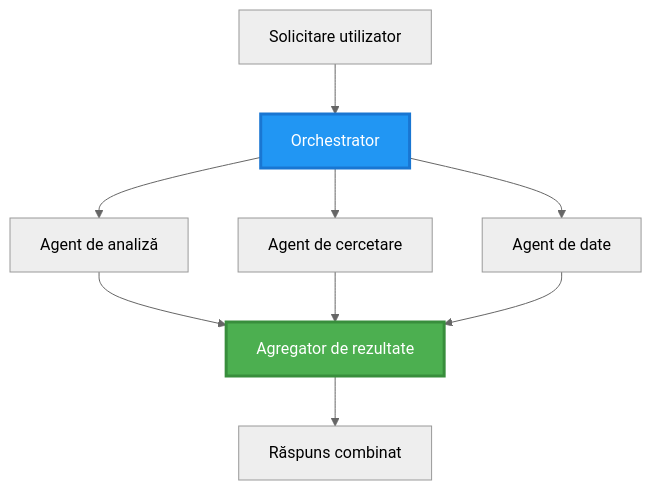
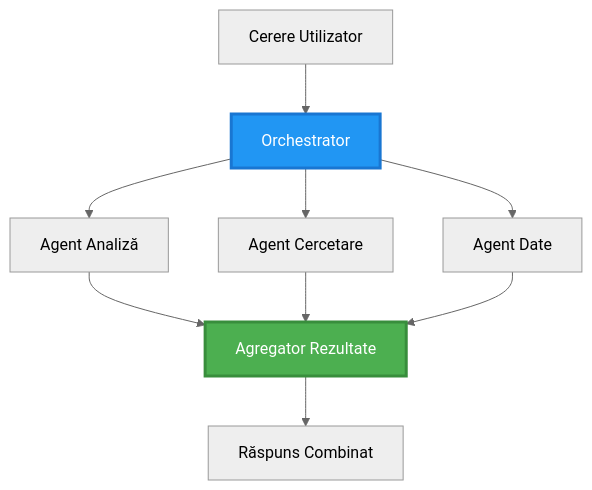
The second of 6 diagrams in translations/ro/docs/chapter-06-pre-deployment/coordination-patterns.md (microsoft/AZD-for-beginners), drawn with Mermaid (neutral theme) before and after one commit. The commit also changed other lines of this file and 101 other files, not shown here.

````diff
--- a/translations/ro/docs/chapter-06-pre-deployment/coordination-patterns.md
+++ b/translations/ro/docs/chapter-06-pre-deployment/coordination-patterns.md
@@ -106,22 +100,22 @@
 ```mermaid
 graph TB
-    User[Solicitare utilizator]
+    User[Cerere Utilizator]
     Orchestrator[Orchestrator]
-    Agent1[Agent de analiză]
-    Agent2[Agent de cercetare]
-    Agent3[Agent de date]
-    Aggregator[Agregator de rezultate]
-    Response[Răspuns combinat]
+    Agent1[Agent Analiză]
+    Agent2[Agent Cercetare]
+    Agent3[Agent Date]
+    Aggregator[Agregator Rezultate]
+    Response[Răspuns Combinat]
     
     User --> Orchestrator
     Orchestrator --> Agent1
     Orchestrator --> Agent2
     Orchestrator --> Agent3
     Agent1 --> Aggregator
     Agent2 --> Aggregator
     Agent3 --> Aggregator
     Aggregator --> Response
     
     style Orchestrator fill:#2196F3,stroke:#1976D2,stroke-width:3px,color:#fff
     style Aggregator fill:#4CAF50,stroke:#388E3C,stroke-width:3px,color:#fff
 ```
````
